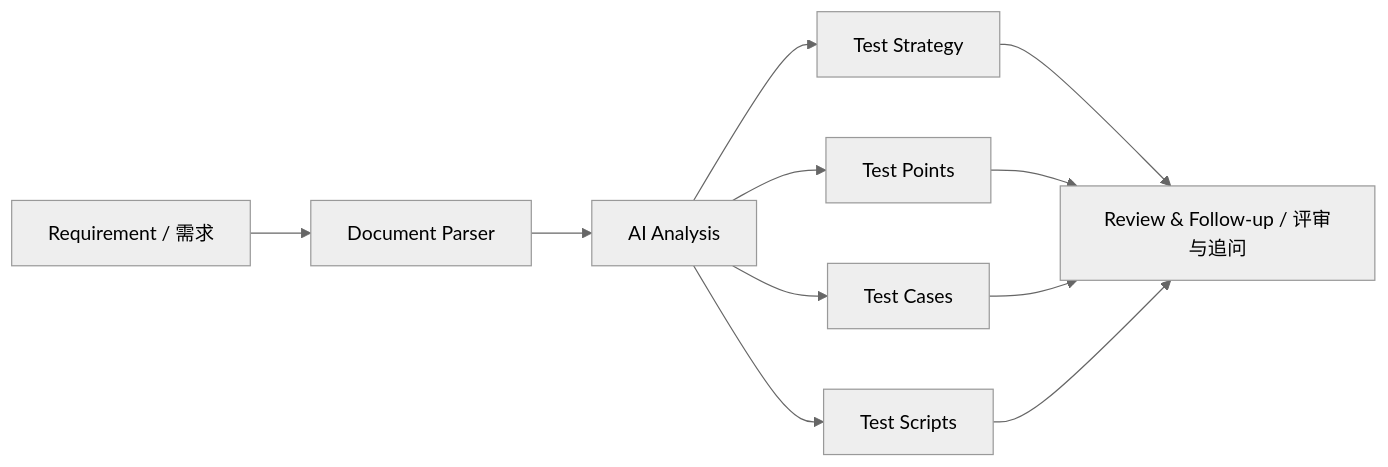
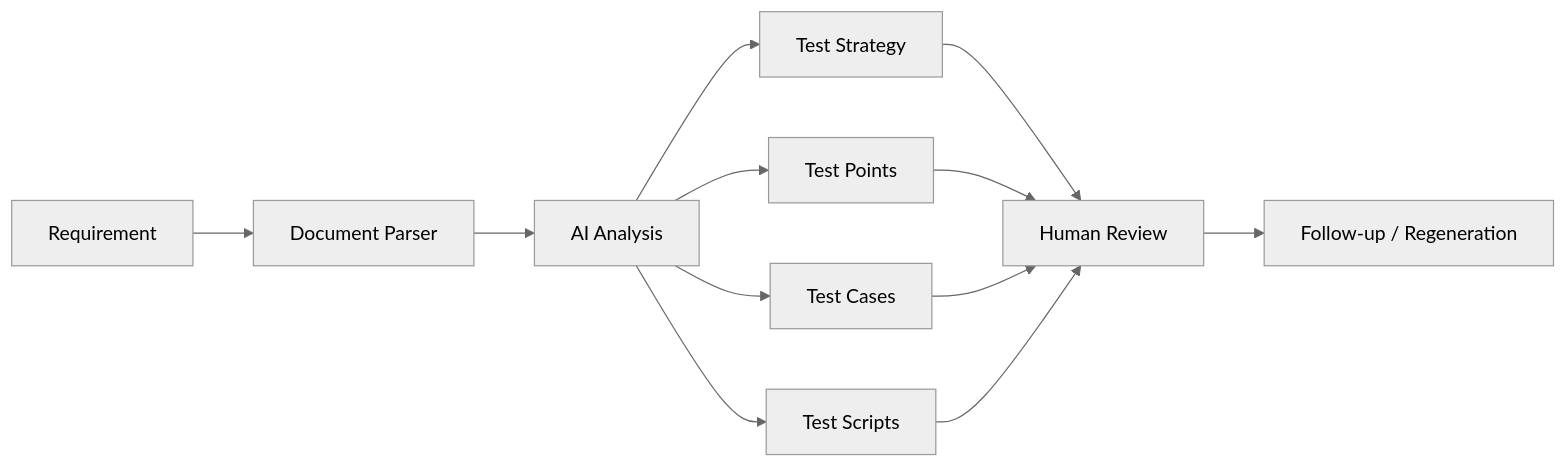
The diagram in README.md (Dream22180971/TestPilotAgent), drawn with Mermaid (neutral theme) before and after one commit. The commit also changed other lines of this file, not shown here.

````diff
--- a/README.md
+++ b/README.md
@@ -89,13 +84,14 @@
 ```mermaid
 flowchart LR
-    A[Requirement / 需求] --> B[Document Parser]
+    A[Requirement] --> B[Document Parser]
     B --> C[AI Analysis]
     C --> D[Test Strategy]
     C --> E[Test Points]
     C --> F[Test Cases]
     C --> G[Test Scripts]
-    D --> H[Review & Follow-up / 评审与追问]
+    D --> H[Human Review]
     E --> H
     F --> H
     G --> H
+    H --> I[Follow-up / Regeneration]
 ```
````
